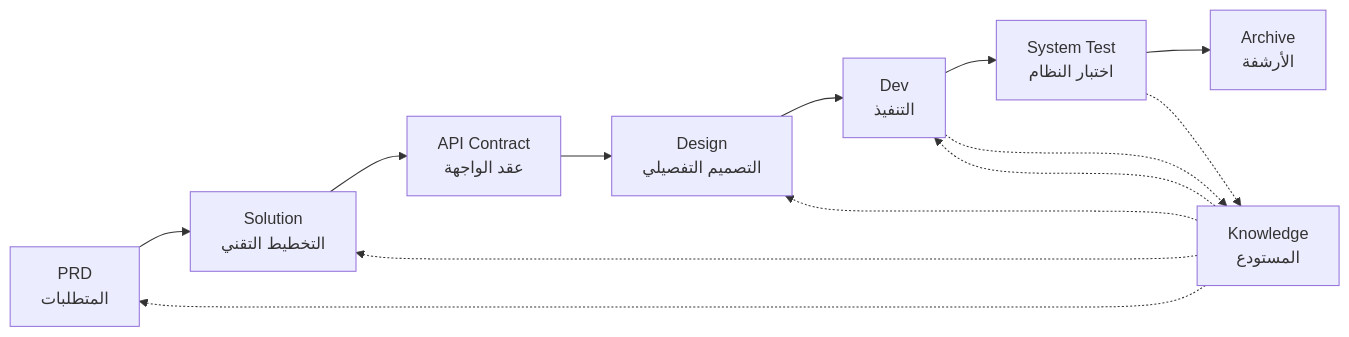
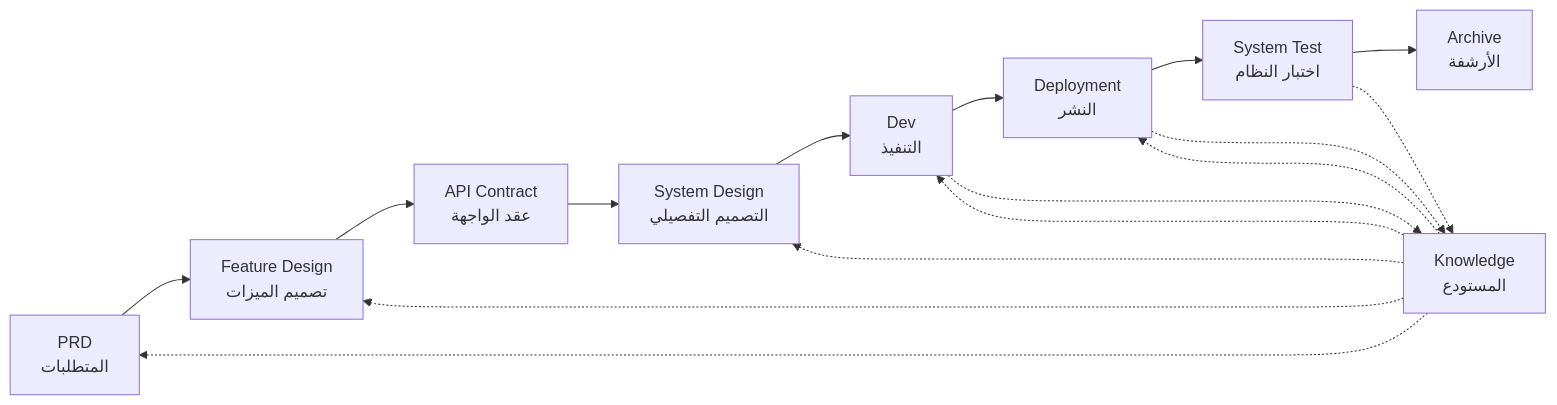
One commit to charlesmu99/speccrew changed the diagram in README.ar.md. Above: the diagram before and after it, drawn with Mermaid. The commit also changed other lines of this file and 35 other files, not shown here.

````diff
--- a/README.ar.md
+++ b/README.ar.md
@@ -166,17 +166,20 @@
 ```mermaid
 graph LR
-    A[PRD<br/>المتطلبات] --> B[Solution<br/>التخطيط التقني]
+    A[PRD<br/>المتطلبات] --> B[Feature Design<br/>تصميم الميزات]
     B --> C[API Contract<br/>عقد الواجهة]
-    C --> D[Design<br/>التصميم التفصيلي]
+    C --> D[System Design<br/>التصميم التفصيلي]
     D --> E[Dev<br/>التنفيذ]
-    E --> F[System Test<br/>اختبار النظام]
-    F --> G[Archive<br/>الأرشفة]
+    E --> F[Deployment<br/>النشر]
+    F --> G[System Test<br/>اختبار النظام]
+    G --> H[Archive<br/>الأرشفة]
     
-    H[Knowledge<br/>المستودع] -.-> A
-    H -.-> B
-    H -.-> D
-    H -.-> E
+    I[Knowledge<br/>المستودع] -.-> A
+    I -.-> B
+    I -.-> D
+    I -.-> E
+    I -.-> F
     
-    E -.-> H
-    F -.-> H
+    E -.-> I
+    F -.-> I
+    G -.-> I
 ```
````
